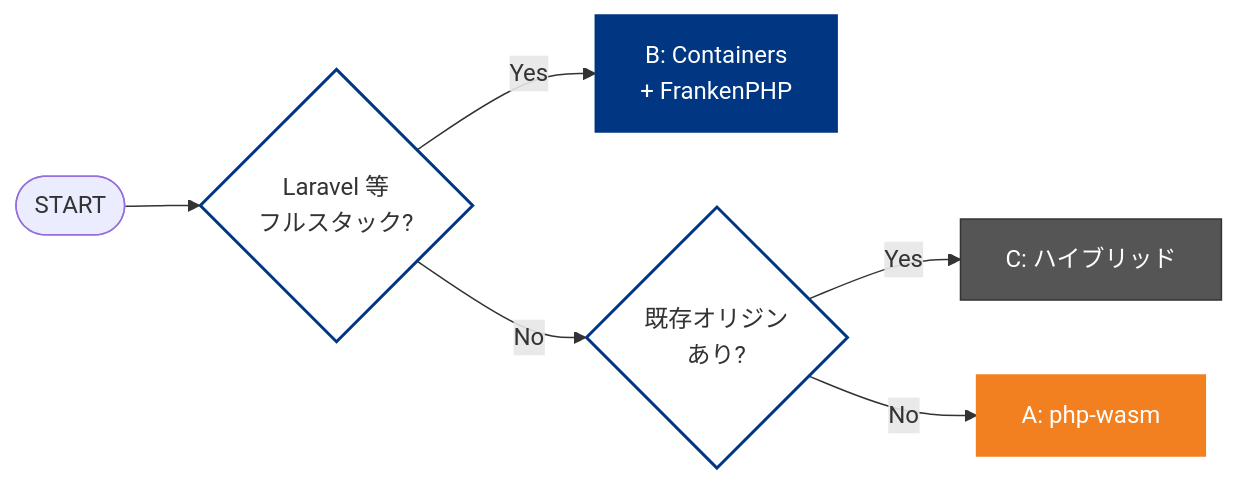
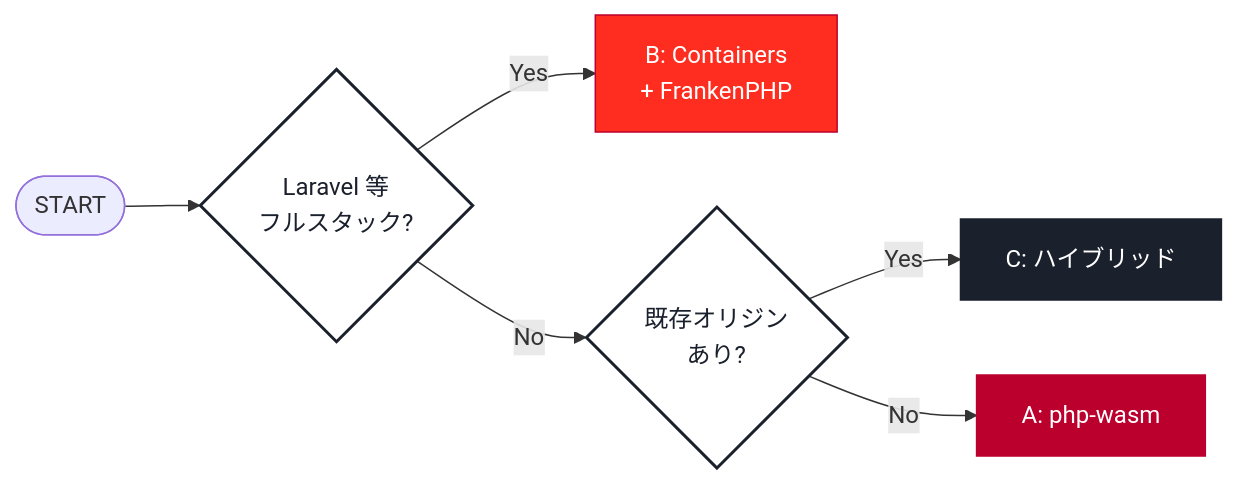
The diagram in slides/diagrams/decision-tree.mmd (SuguruOoki/cloudflare-php-demo), drawn with Mermaid before and after one commit. The commit also changed 11 other files, not shown here.

```diff
--- a/slides/diagrams/decision-tree.mmd
+++ b/slides/diagrams/decision-tree.mmd
@@ -1,15 +1,15 @@
 flowchart LR
     start([START]) --> Q1{Laravel 等<br/>フルスタック?}
     Q1 -->|Yes| B[B: Containers<br/>+ FrankenPHP]
     Q1 -->|No| Q2{既存オリジン<br/>あり?}
     Q2 -->|Yes| C[C: ハイブリッド]
     Q2 -->|No| A[A: php-wasm]
 
-    classDef q fill:#fff,stroke:#003682,stroke-width:2px
-    classDef a fill:#F38020,stroke:#F38020,color:#fff
-    classDef b fill:#003682,stroke:#003682,color:#fff
-    classDef c fill:#555,stroke:#333,color:#fff
+    classDef q fill:#fff,stroke:#1A202C,stroke-width:2px,color:#1A202C
+    classDef a fill:#BC002D,stroke:#BC002D,color:#fff
+    classDef b fill:#FF2D20,stroke:#BC002D,color:#fff
+    classDef c fill:#1A202C,stroke:#1A202C,color:#fff
     class Q1,Q2 q
     class A a
     class B b
     class C c
```
